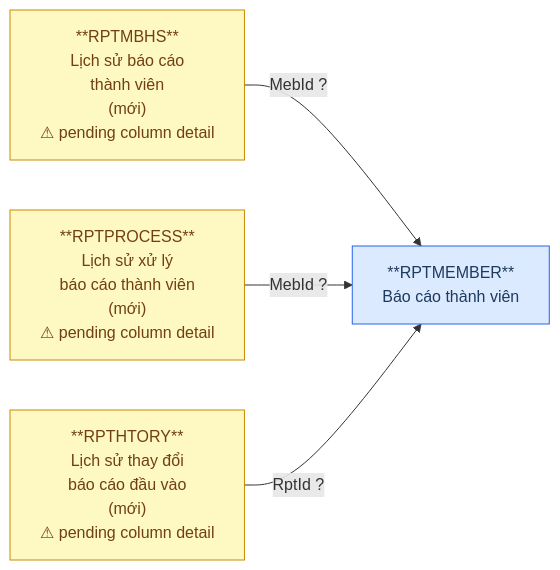
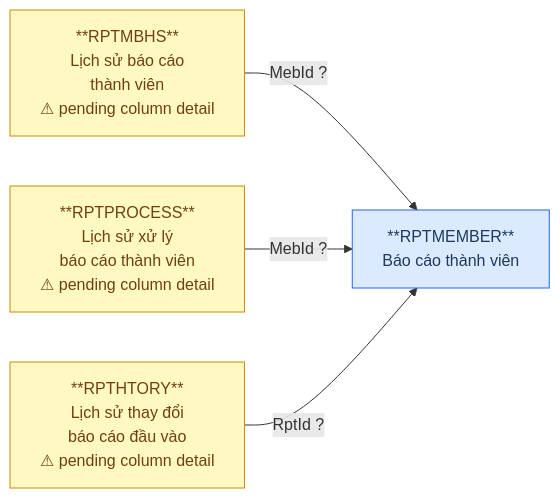
One commit to linhlvit/ubck_atomic_design changed diagram 25 of 30 in Silver/hld/FMS_relationship_diagram.md. Above: the diagram before and after it, drawn with Mermaid. The commit also changed other lines of this file, not shown here.

````diff
--- a/Silver/hld/FMS_relationship_diagram.md
+++ b/Silver/hld/FMS_relationship_diagram.md
@@ -612,14 +573,14 @@
 ```mermaid
 graph LR
     classDef src fill:#dbeafe,stroke:#2563eb,color:#1e3a5f
     classDef pending fill:#fef9c3,stroke:#ca8a04,color:#713f12
 
     RPTMEMBER11C["**RPTMEMBER**\nBáo cáo thành viên"]:::src
-    RPTMBHS["**RPTMBHS**\nLịch sử báo cáo\nthành viên\n(mới)\n⚠ pending column detail"]:::pending
-    RPTPROCESS["**RPTPROCESS**\nLịch sử xử lý\nbáo cáo thành viên\n(mới)\n⚠ pending column detail"]:::pending
-    RPTHTORY["**RPTHTORY**\nLịch sử thay đổi\nbáo cáo đầu vào\n(mới)\n⚠ pending column detail"]:::pending
+    RPTMBHS["**RPTMBHS**\nLịch sử báo cáo\nthành viên\n⚠ pending column detail"]:::pending
+    RPTPROCESS["**RPTPROCESS**\nLịch sử xử lý\nbáo cáo thành viên\n⚠ pending column detail"]:::pending
+    RPTHTORY["**RPTHTORY**\nLịch sử thay đổi\nbáo cáo đầu vào\n⚠ pending column detail"]:::pending
 
     RPTMBHS -->|MebId ?| RPTMEMBER11C
     RPTPROCESS -->|MebId ?| RPTMEMBER11C
     RPTHTORY -->|RptId ?| RPTMEMBER11C
 ```
````
